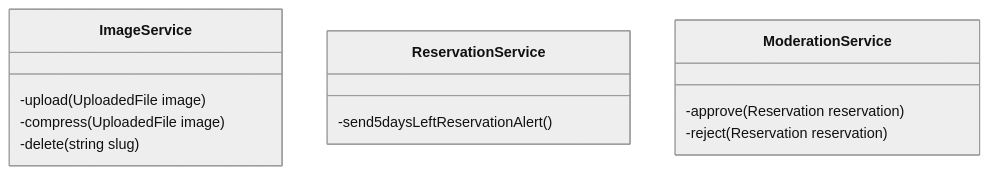
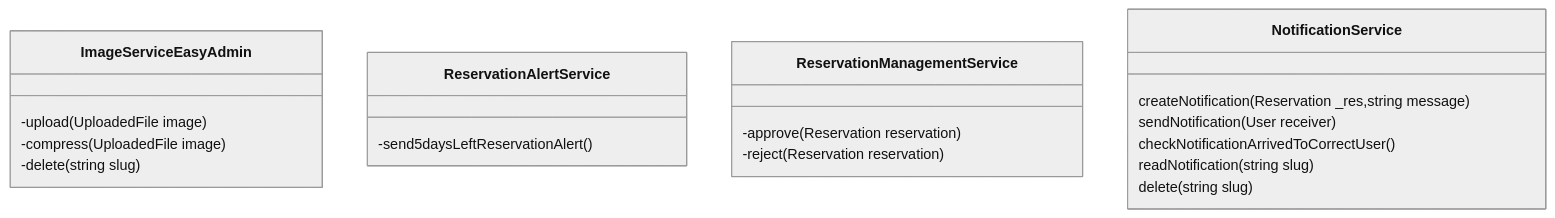
The third of 3 diagrams in prodDocs/ClassDiagram.md (Conchero/ecf-back), drawn with Mermaid (neutral theme) before and after one commit. The commit also changed other lines of this file and 1 other file, not shown here.

````diff
--- a/prodDocs/ClassDiagram.md
+++ b/prodDocs/ClassDiagram.md
@@ -150,20 +151,28 @@
 ```mermaid
 classDiagram
 
-     class ImageService {
+     class ImageService ~~Easy Admin~~{
     -upload(UploadedFile image)
     -compress(UploadedFile image)
     -delete(string slug)
   }
 
-  class ReservationService {
+  class ReservationAlertService {
     -send5daysLeftReservationAlert()
   }
 
-    class ModerationService {
+    class ReservationManagementService {
     -approve(Reservation reservation)
     -reject(Reservation reservation)
   }
 
 
+    class NotificationService {
+        createNotification(Reservation _res,string message)
+        sendNotification(User receiver)
+        checkNotificationArrivedToCorrectUser()
+        readNotification(string slug)
+        delete(string slug )
+  }
+
 ```
````
